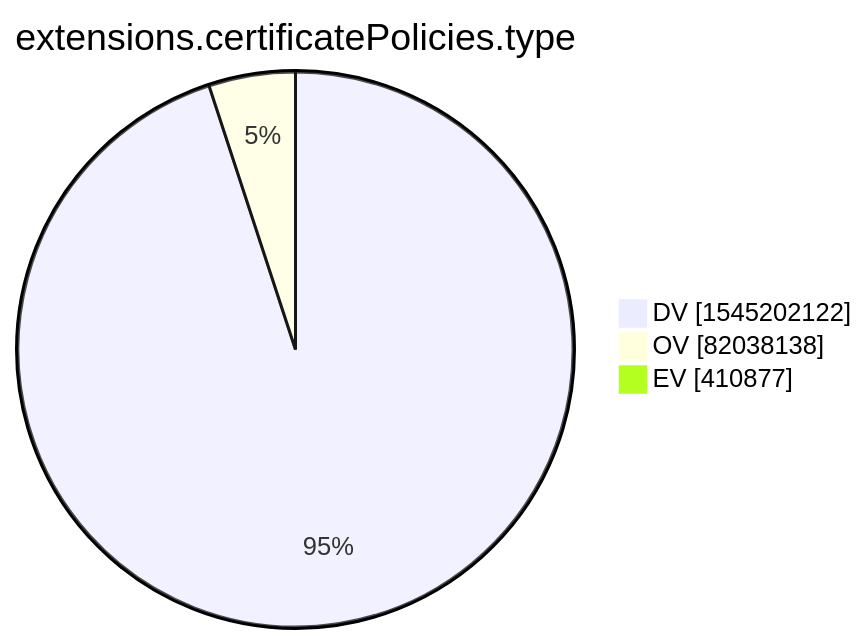
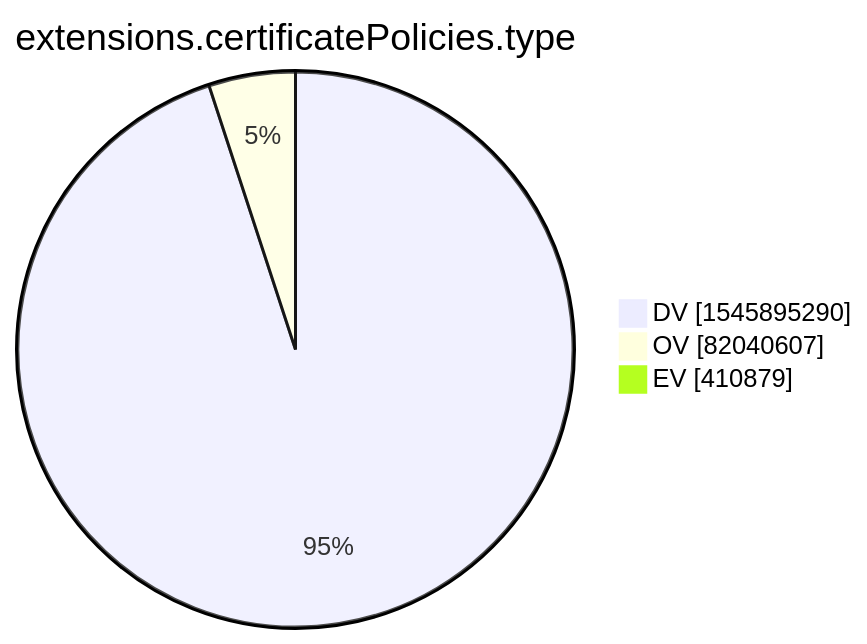
Before and after one commit to christiankrug/ctmonitor_visualization: the tenth of 15 diagrams in xenon2022/README.md, drawn with Mermaid. The commit also changed other lines of this file, not shown here.

````diff
--- a/xenon2022/README.md
+++ b/xenon2022/README.md
@@ -2876,7 +2876,7 @@
 ```mermaid
 pie showData
 title extensions.certificatePolicies.type
-"DV" :1545202122
-"OV" :82038138
-"EV" :410877
+"DV" :1545895290
+"OV" :82040607
+"EV" :410879
 ```
````
